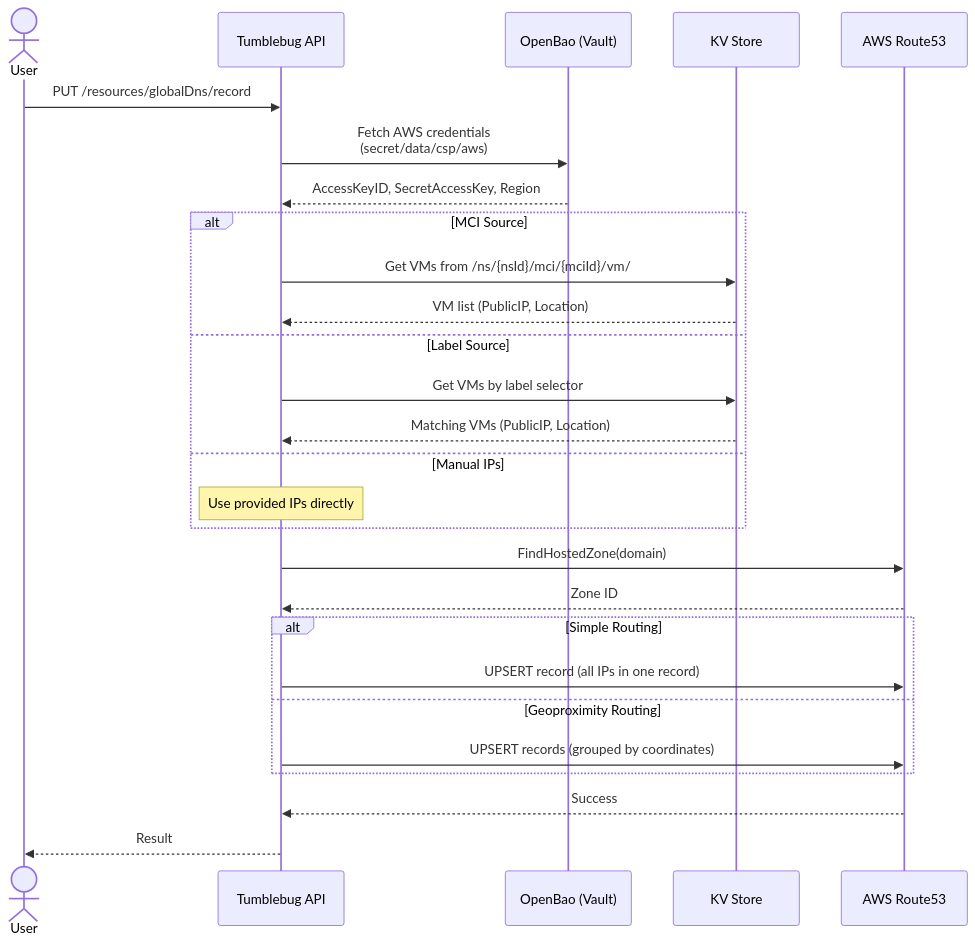
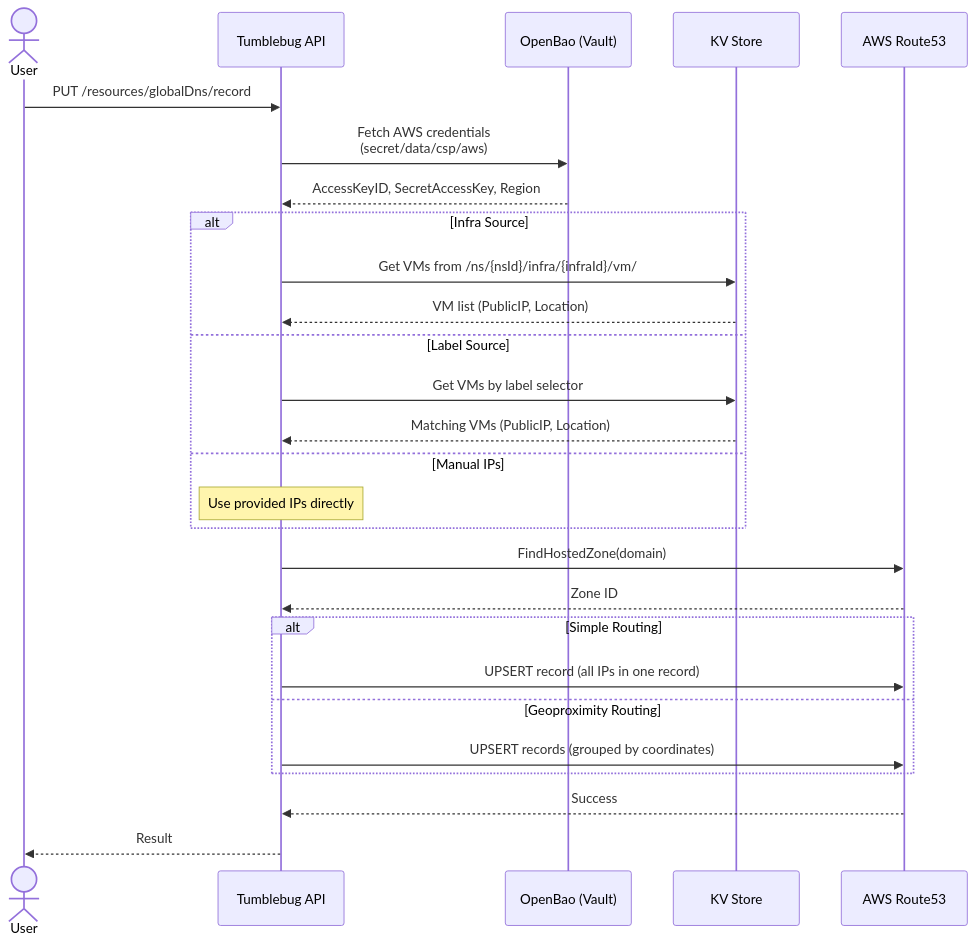
One commit to cloud-barista/cb-tumblebug changed the first of 3 diagrams in docs/feature_guide/global-dns-management.md. Above: the diagram before and after it, drawn with Mermaid. The commit also changed other lines of this file and 197 other files, not shown here.

````diff
--- a/docs/feature_guide/global-dns-management.md
+++ b/docs/feature_guide/global-dns-management.md
@@ -72,34 +72,34 @@
 ```mermaid
 sequenceDiagram
     actor User
     participant API as Tumblebug API
     participant OpenBao as OpenBao (Vault)
     participant KVStore as KV Store
     participant R53 as AWS Route53
 
     User->>API: PUT /resources/globalDns/record
     API->>OpenBao: Fetch AWS credentials<br/>(secret/data/csp/aws)
     OpenBao-->>API: AccessKeyID, SecretAccessKey, Region
 
-    alt MCI Source
-        API->>KVStore: Get VMs from /ns/{nsId}/mci/{mciId}/vm/
+    alt Infra Source
+        API->>KVStore: Get VMs from /ns/{nsId}/infra/{infraId}/vm/
         KVStore-->>API: VM list (PublicIP, Location)
     else Label Source
         API->>KVStore: Get VMs by label selector
         KVStore-->>API: Matching VMs (PublicIP, Location)
     else Manual IPs
         Note over API: Use provided IPs directly
     end
 
     API->>R53: FindHostedZone(domain)
     R53-->>API: Zone ID
 
     alt Simple Routing
         API->>R53: UPSERT record (all IPs in one record)
     else Geoproximity Routing
         API->>R53: UPSERT records (grouped by coordinates)
     end
 
     R53-->>API: Success
     API-->>User: Result
 ```
````
